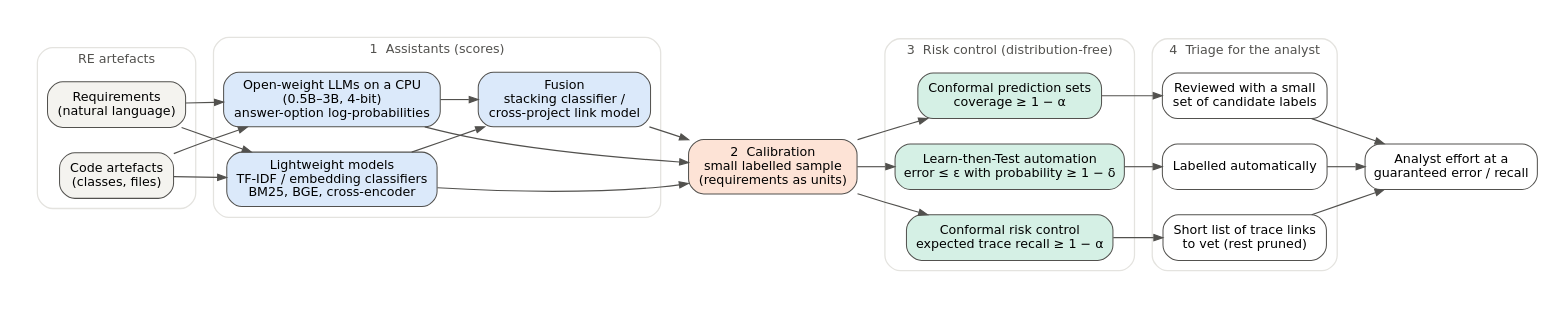
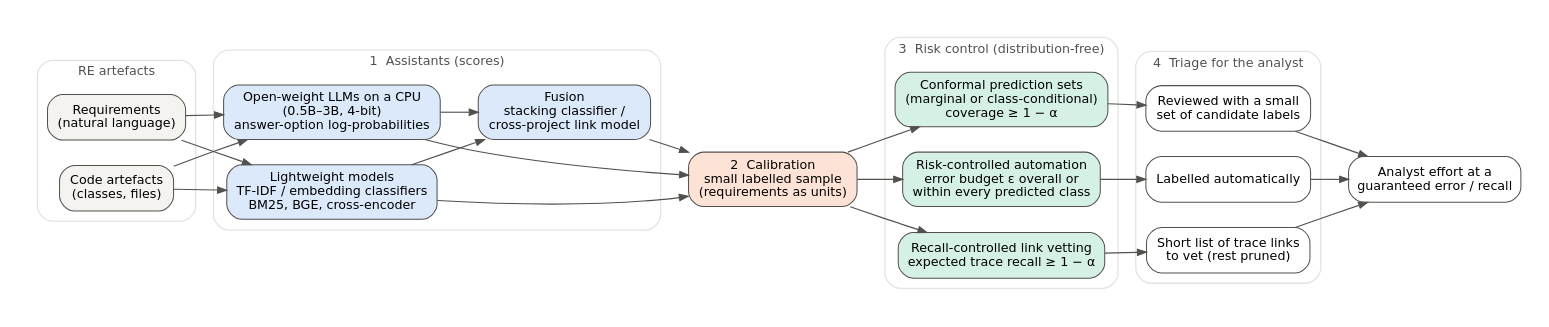
Before and after one commit to assirims/ConfTriage: the diagram in results/figures/Fig1_framework.dot, drawn with Graphviz. The commit also changed 54 other files, not shown here.

```diff
--- a/results/figures/Fig1_framework.dot
+++ b/results/figures/Fig1_framework.dot
@@ -1,34 +1,39 @@
 digraph G {
   graph [rankdir=LR, fontname="DejaVu Sans", fontsize=11, nodesep=0.28, ranksep=0.42, pad=0.2, bgcolor="white", newrank=true];
   node  [shape=box, style="rounded,filled", fontname="DejaVu Sans", fontsize=10, color="#52514e", penwidth=0.8, margin="0.13,0.07"];
   edge  [color="#52514e", arrowsize=0.7, penwidth=0.9, fontname="DejaVu Sans", fontsize=8, fontcolor="#52514e"];
 
   subgraph cluster_in { label="RE artefacts"; fontsize=10; fontcolor="#52514e"; color="#e4e3df"; style="rounded";
     req  [label="Requirements\n(natural language)", fillcolor="#f4f3ef"];
     code [label="Code artefacts\n(classes, files)", fillcolor="#f4f3ef"];
   }
   subgraph cluster_as { label="1  Assistants (scores)"; fontsize=10; fontcolor="#52514e"; color="#e4e3df"; style="rounded";
     llm  [label="Open-weight LLMs on a CPU\n(0.5B–3B, 4-bit)\nanswer-option log-probabilities", fillcolor="#dbe9fa"];
     lw   [label="Lightweight models\nTF-IDF / embedding classifiers\nBM25, BGE, cross-encoder", fillcolor="#dbe9fa"];
     fus  [label="Fusion\nstacking classifier /\ncross-project link model", fillcolor="#dbe9fa"];
   }
   cal [label="2  Calibration\nsmall labelled sample\n(requirements as units)", fillcolor="#fde3d6"];
   subgraph cluster_cp { label="3  Risk control (distribution-free)"; fontsize=10; fontcolor="#52514e"; color="#e4e3df"; style="rounded";
-    ps   [label="Conformal prediction sets\ncoverage ≥ 1 − α", fillcolor="#d5f0e5"];
-    ltt  [label="Learn-then-Test automation\nerror ≤ ε with probability ≥ 1 − δ", fillcolor="#d5f0e5"];
-    crc  [label="Conformal risk control\nexpected trace recall ≥ 1 − α", fillcolor="#d5f0e5"];
+    ps   [label="Conformal prediction sets\n(marginal or class-conditional)\ncoverage ≥ 1 − α", fillcolor="#d5f0e5"];
+    ltt  [label="Risk-controlled automation\nerror budget ε overall or\nwithin every predicted class", fillcolor="#d5f0e5"];
+    crc  [label="Recall-controlled link vetting\nexpected trace recall ≥ 1 − α", fillcolor="#d5f0e5"];
   }
   subgraph cluster_out { label="4  Triage for the analyst"; fontsize=10; fontcolor="#52514e"; color="#e4e3df"; style="rounded";
     auto [label="Labelled automatically", fillcolor="#ffffff"];
     rev  [label="Reviewed with a small\nset of candidate labels", fillcolor="#ffffff"];
     vet  [label="Short list of trace links\nto vet (rest pruned)", fillcolor="#ffffff"];
   }
   eff [label="Analyst effort at a\nguaranteed error / recall", shape=box, style="rounded,filled,bold", fillcolor="#ffffff"];
 
+  // reading order inside each column (top to bottom), without changing the ranks
+  {rank=same; code -> req [style=invis];}
+  {rank=same; lw -> llm [style=invis];}
+  {rank=same; crc -> ltt -> ps [style=invis];}
+  {rank=same; vet -> auto -> rev [style=invis];}
   req -> llm; req -> lw; code -> llm; code -> lw;
   llm -> fus; lw -> fus;
   llm -> cal; lw -> cal; fus -> cal;
   cal -> ps; cal -> ltt; cal -> crc;
   ltt -> auto; ps -> rev; crc -> vet;
   auto -> eff; rev -> eff; vet -> eff;
 }
```
